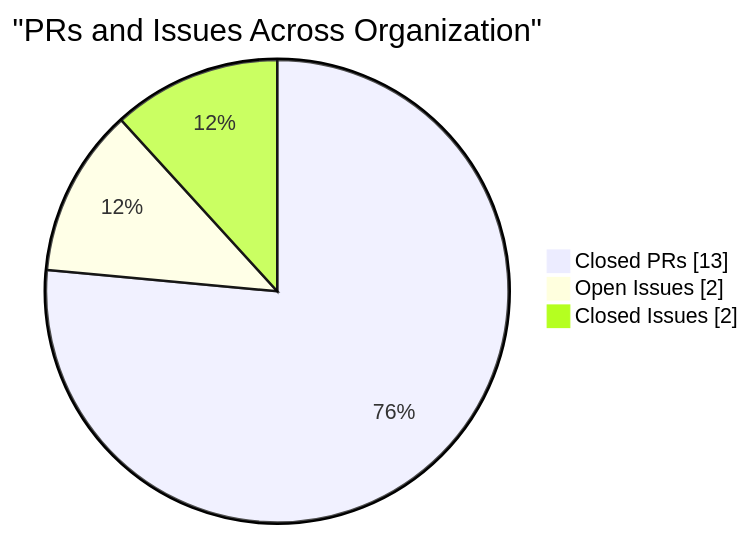
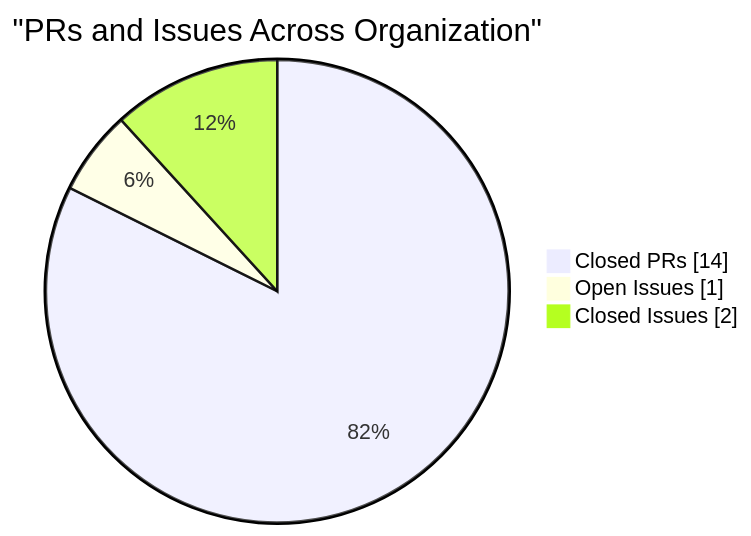
Before and after one commit to CSTH-Projects/.github: the fourth of 4 diagrams in profile/README.md, drawn with Mermaid. The commit also changed other lines of this file, not shown here.

````diff
--- a/profile/README.md
+++ b/profile/README.md
@@ -97,7 +97,7 @@
 ```mermaid
 pie showData
     title "PRs and Issues Across Organization"
-    "Closed PRs" : 13
-    "Open Issues" : 2
+    "Closed PRs" : 14
+    "Open Issues" : 1
     "Closed Issues" : 2
 ```
````
